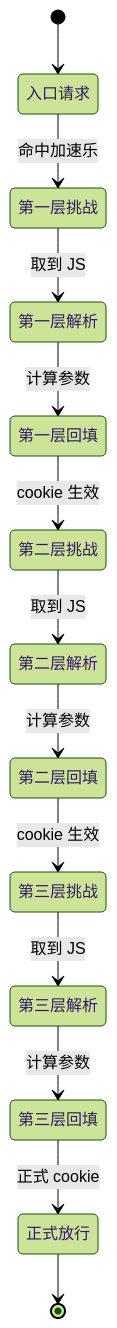
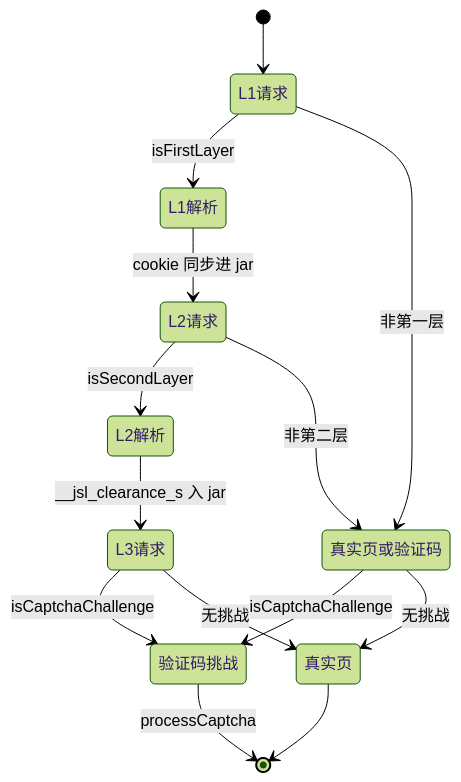
One commit to scagogogo/cnvd-skills changed the first of 3 diagrams in website/docs/api-gojsl/three-layers-deep-dive.md. Above: the diagram before and after it, drawn with Mermaid (forest theme). The commit also changed other lines of this file and 66 other files, not shown here.

````diff
--- a/website/docs/api-gojsl/three-layers-deep-dive.md
+++ b/website/docs/api-gojsl/three-layers-deep-dive.md
@@ -13,15 +19,16 @@
 ```mermaid
 stateDiagram-v2
-    [*] --> 入口请求
-    入口请求 --> 第一层挑战: 命中加速乐
-    第一层挑战 --> 第一层解析: 取到 JS
-    第一层解析 --> 第一层回填: 计算参数
-    第一层回填 --> 第二层挑战: cookie 生效
-    第二层挑战 --> 第二层解析: 取到 JS
-    第二层解析 --> 第二层回填: 计算参数
-    第二层回填 --> 第三层挑战: cookie 生效
-    第三层挑战 --> 第三层解析: 取到 JS
-    第三层解析 --> 第三层回填: 计算参数
-    第三层回填 --> 正式放行: 正式 cookie
-    正式放行 --> [*]
+    [*] --> L1请求
+    L1请求 --> L1解析: isFirstLayer
+    L1请求 --> 真实页或验证码: 非第一层
+    L1解析 --> L2请求: cookie 同步进 jar
+    L2请求 --> L2解析: isSecondLayer
+    L2请求 --> 真实页或验证码: 非第二层
+    L2解析 --> L3请求: __jsl_clearance_s 入 jar
+    L3请求 --> 验证码挑战: isCaptchaChallenge
+    L3请求 --> 真实页: 无挑战
+    真实页 --> [*]
+    真实页或验证码 --> 验证码挑战: isCaptchaChallenge
+    真实页或验证码 --> 真实页: 无挑战
+    验证码挑战 --> [*]: processCaptcha
 ```
````
